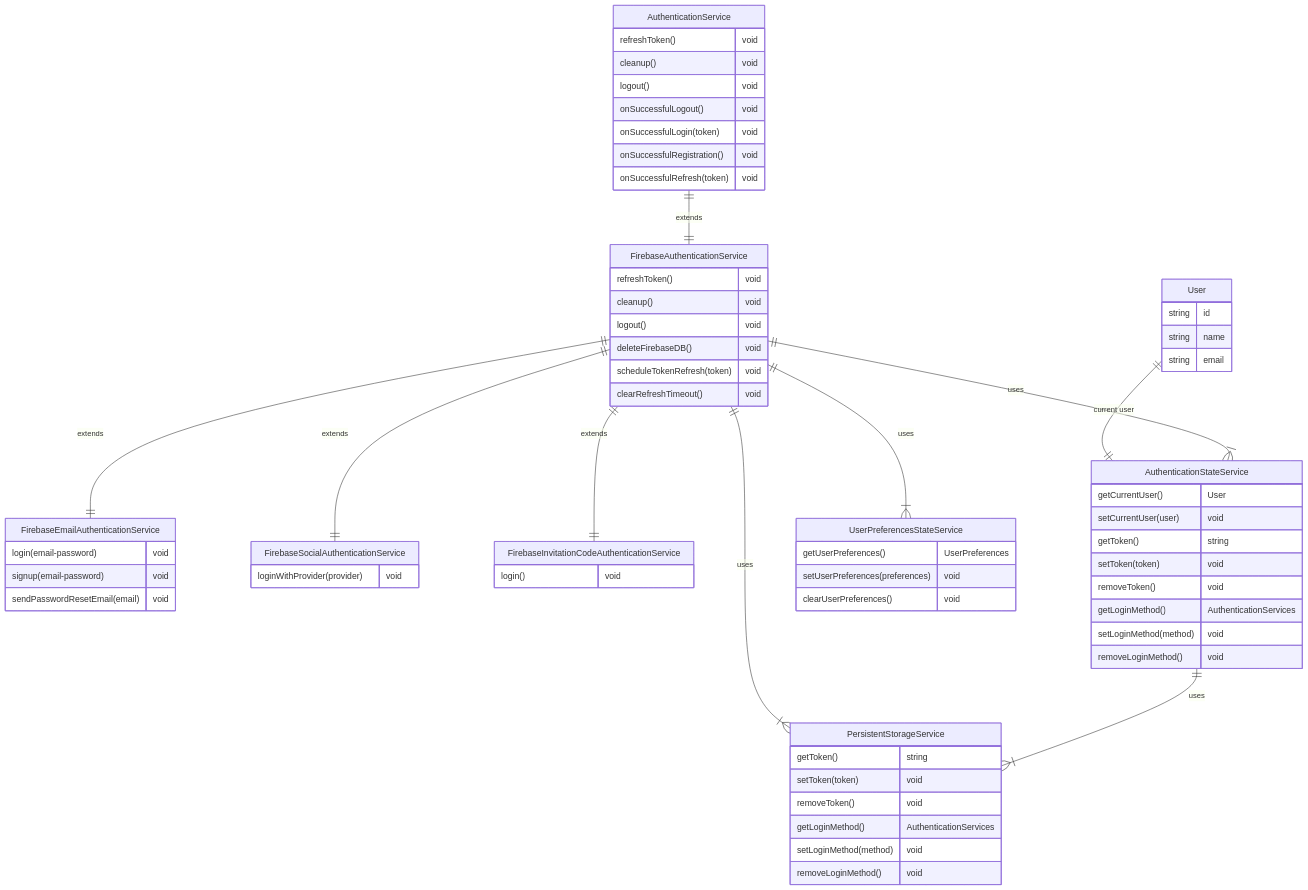
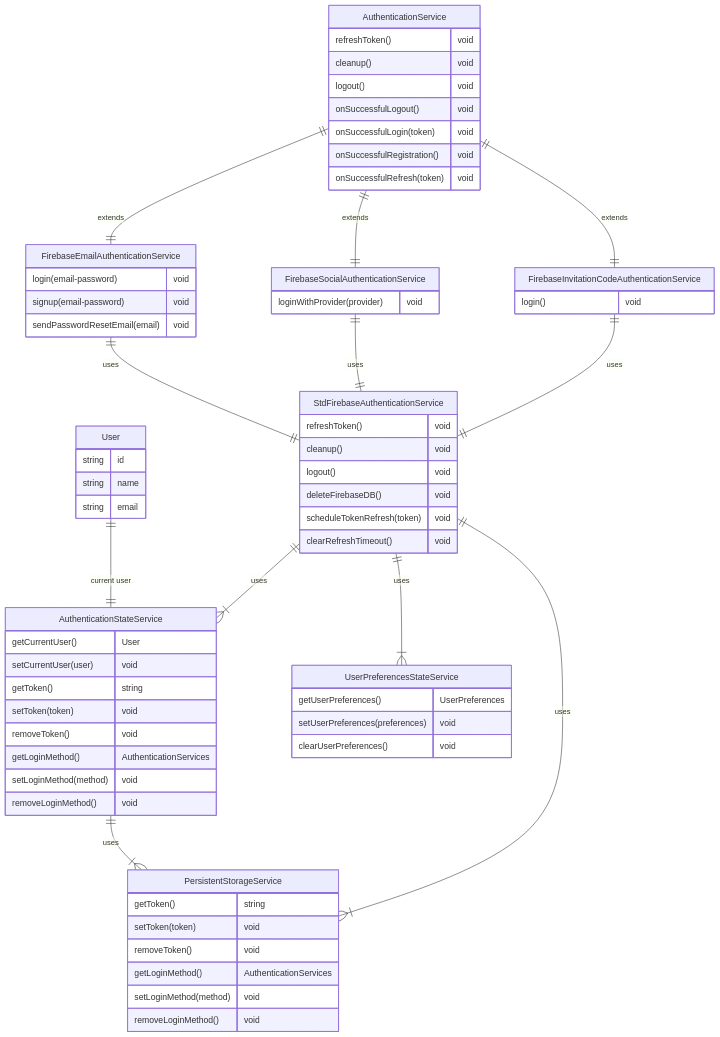
Before and after one commit to tabiya-tech/compass: the first of 3 diagrams in frontend-new/authenticationHierarchyDoc.md, drawn with Mermaid. The commit also changed other lines of this file, not shown here.

Commit message:
fix(frontend): - [x] Adjust diagram and documentation to reflect the changes

````diff
--- a/frontend-new/authenticationHierarchyDoc.md
+++ b/frontend-new/authenticationHierarchyDoc.md
@@ -20,77 +20,79 @@
 ```mermaid
 erDiagram
     User {
         string id
         string name
         string email
     }
 
     AuthenticationService {
         refreshToken() void
         cleanup() void
         logout() void
         onSuccessfulLogout()  void
         onSuccessfulLogin(token)  void
         onSuccessfulRegistration()  void
         onSuccessfulRefresh(token)  void
     }
 
-    FirebaseAuthenticationService {
+    StdFirebaseAuthenticationService {
         refreshToken() void
         cleanup() void
         logout() void
         deleteFirebaseDB() void
         scheduleTokenRefresh(token) void
         clearRefreshTimeout() void
     }
 
     FirebaseEmailAuthenticationService {
         login(email-password) void
         signup(email-password) void
         sendPasswordResetEmail(email) void
     }
 
     FirebaseSocialAuthenticationService {
         loginWithProvider(provider) void
     }
 
     FirebaseInvitationCodeAuthenticationService {
         login()  void
     }
 
     AuthenticationStateService {
         getCurrentUser() User
         setCurrentUser(user) void
         getToken() string
         setToken(token) void
         removeToken() void
         getLoginMethod() AuthenticationServices
         setLoginMethod(method) void
         removeLoginMethod() void
     }
 
     UserPreferencesStateService {
         getUserPreferences() UserPreferences
         setUserPreferences(preferences) void
         clearUserPreferences() void
     }
 
     PersistentStorageService {
         getToken() string
         setToken(token) void
         removeToken() void
         getLoginMethod() AuthenticationServices
         setLoginMethod(method) void
         removeLoginMethod() void
     }
 
     User ||--|| AuthenticationStateService : "current user"
-    AuthenticationService ||--|| FirebaseAuthenticationService : "extends"
-    FirebaseAuthenticationService ||--|| FirebaseEmailAuthenticationService : "extends"
-    FirebaseAuthenticationService ||--|| FirebaseSocialAuthenticationService : "extends"
-    FirebaseAuthenticationService ||--|| FirebaseInvitationCodeAuthenticationService : "extends"
-    FirebaseAuthenticationService ||--|{ AuthenticationStateService : "uses"
-    FirebaseAuthenticationService ||--|{ UserPreferencesStateService : "uses"
-    FirebaseAuthenticationService ||--|{ PersistentStorageService : "uses"
+    AuthenticationService ||--|| FirebaseEmailAuthenticationService : "extends"
+    AuthenticationService ||--|| FirebaseSocialAuthenticationService : "extends"
+    AuthenticationService ||--|| FirebaseInvitationCodeAuthenticationService : "extends"
+    FirebaseEmailAuthenticationService ||--|| StdFirebaseAuthenticationService : "uses"
+    FirebaseSocialAuthenticationService ||--|| StdFirebaseAuthenticationService : "uses"
+    FirebaseInvitationCodeAuthenticationService ||--|| StdFirebaseAuthenticationService : "uses"
+    StdFirebaseAuthenticationService ||--|{ AuthenticationStateService : "uses"
+    StdFirebaseAuthenticationService ||--|{ UserPreferencesStateService : "uses"
+    StdFirebaseAuthenticationService ||--|{ PersistentStorageService : "uses"
     AuthenticationStateService ||--|{ PersistentStorageService : "uses"
 ```
````
